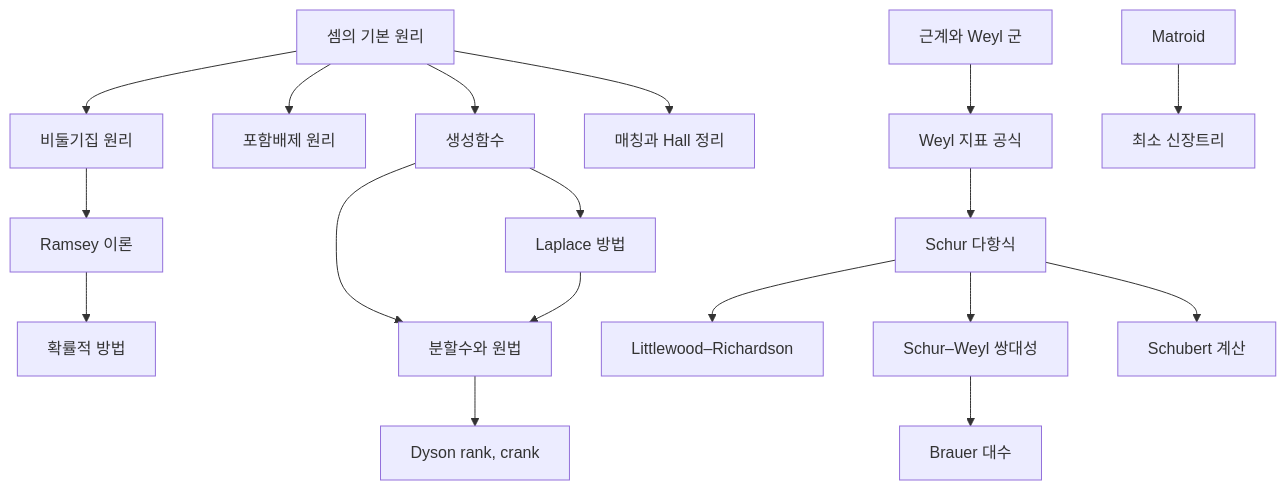
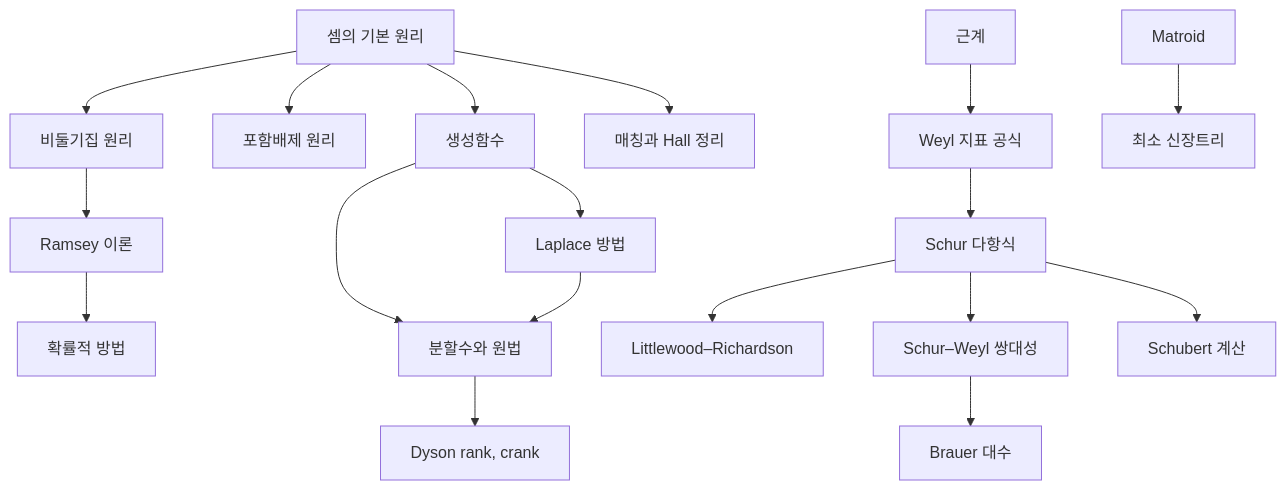
One commit to Phryxia/math-map changed the diagram in docs/combinatorics-overview.md. Above: the diagram before and after it, drawn with Mermaid. The commit also changed other lines of this file and 49 other files, not shown here.

````diff
--- a/docs/combinatorics-overview.md
+++ b/docs/combinatorics-overview.md
@@ -11,13 +11,13 @@
 ```mermaid
 graph TD
   CP["셈의 기본 원리"] --> PH["비둘기집 원리"] --> RM["Ramsey 이론"] --> PM["확률적 방법"]
   CP --> IE["포함배제 원리"]
   CP --> GF["생성함수"] --> PT["분할수와 원법"] --> DR["Dyson rank, crank"]
   CP --> MT["매칭과 Hall 정리"]
   GF --> LM["Laplace 방법"] --> PT
-  RS["근계와 Weyl 군"] --> WC["Weyl 지표 공식"] --> SP["Schur 다항식"]
+  RS["근계"] --> WC["Weyl 지표 공식"] --> SP["Schur 다항식"]
   SP --> LR["Littlewood–Richardson"]
   SP --> SW["Schur–Weyl 쌍대성"] --> BA["Brauer 대수"]
   SP --> SC["Schubert 계산"]
   MD["Matroid"] --> MST["최소 신장트리"]
 ```
````
